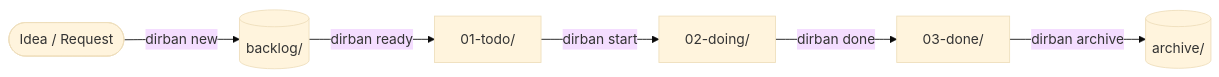
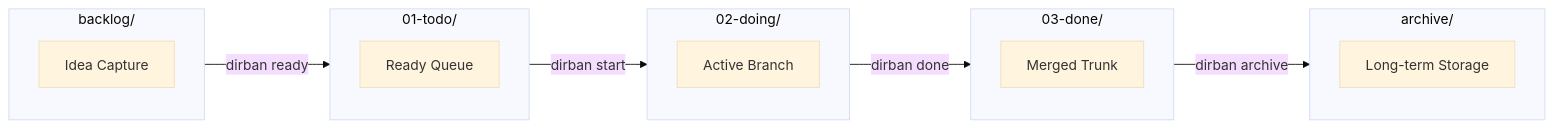
Before and after one commit to SYip/dirban: the diagram in docs/cli-reference.md, drawn with Mermaid (base theme).

Commit message:
docs: update workflow flowchart in cli reference

````diff
--- a/docs/cli-reference.md
+++ b/docs/cli-reference.md
@@ -29,8 +29,32 @@
 ```mermaid
 flowchart LR
-    Idea(["Idea / Request"]) -->|dirban new| Backlog[("backlog/")]
-    Backlog -->|dirban ready| Todo["01-todo/"]
-    Todo -->|dirban start| Doing["02-doing/"]
-    Doing -->|dirban done| Done["03-done/"]
-    Done -->|dirban archive| Archive[("archive/")]
+    subgraph Backlog ["backlog/"]
+        direction TB
+        B1["Idea Capture"]
+    end
+
+    subgraph Todo ["01-todo/"]
+        direction TB
+        T1["Ready Queue"]
+    end
+
+    subgraph Doing ["02-doing/"]
+        direction TB
+        D1["Active Branch"]
+    end
+
+    subgraph Done ["03-done/"]
+        direction TB
+        DN1["Merged Trunk"]
+    end
+
+    subgraph Archive ["archive/"]
+        direction TB
+        A1["Long-term Storage"]
+    end
+
+    Backlog -->|dirban ready| Todo
+    Todo -->|dirban start| Doing
+    Doing -->|dirban done| Done
+    Done -->|dirban archive| Archive
 ```
````
